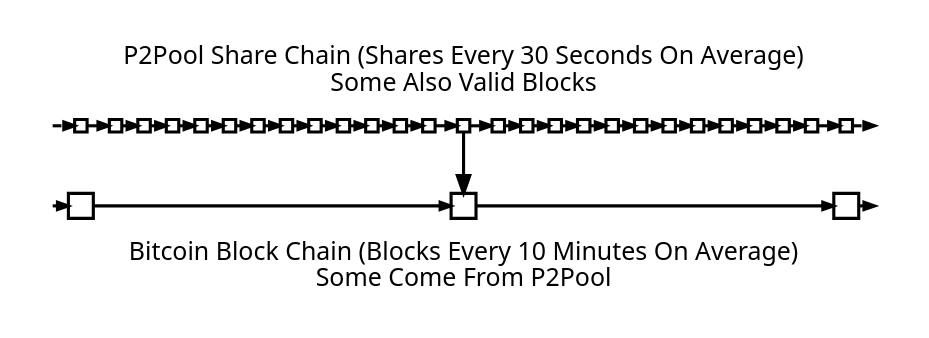
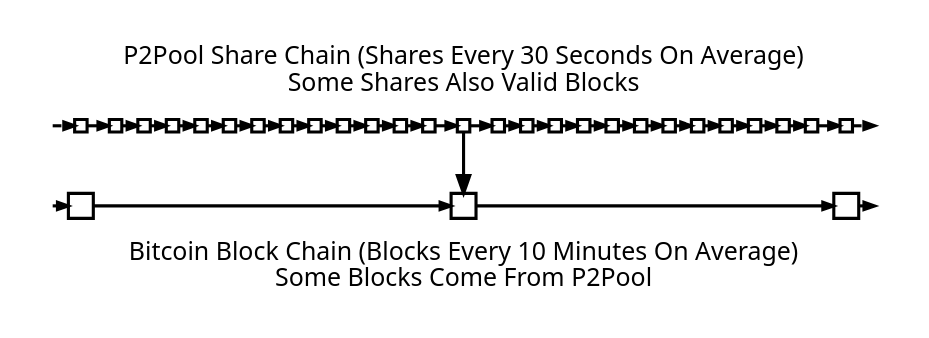
The diagram in img/mining/en-share-chain-block-chain.dot (rsogllc/GNT), drawn with Graphviz before and after one commit. The commit also changed 3 other files, not shown here.

```diff
--- a/img/mining/en-share-chain-block-chain.dot
+++ b/img/mining/en-share-chain-block-chain.dot
@@ -1,51 +1,51 @@
 digraph {
 
 size=6.25;
 rankdir=LR
 //splines = ortho;
 nodesep = 0.1;
 ranksep = 0.13;
 
 edge [ penwidth = 1.75, fontname="Sans" ]
 node [ penwidth = 1.75, shape = "box", fontname="Sans", label = "" ]
 graph [ penwidth = 1.75, fontname="Sans" ]
 
 
 subgraph cluster_block_chain {
 edge [ arrowsize = 0.6, minlen = 13 ]
 node [ width=0.2, height=0.2 ]
 graph [ penwidth = 0 ]
 ranksep = 0.5;
 
 invis0 [ style = "invis", height = 0, width = 0 ];
 invis1 [ style = "invis", height = 0, width = 0 ];
 
 invis0 -> block1 [ style = "dashed", minlen = 1.5 ];
 block3 -> invis1 [ style = "dashed", minlen = 1.5 ];
 
 block1 -> block2 -> block3;
 
-label = "Bitcoin Block Chain (Blocks Every 10 Minutes On Average)\nSome Come From P2Pool"
+label = "Bitcoin Block Chain (Blocks Every 10 Minutes On Average)\nSome Blocks Come From P2Pool"
 labelloc = b;
 }
 
 subgraph cluster_share_chain {
 edge [ arrowsize = 0.6 ]
 node [ width=0.1, height=0.1 ]
 graph [ penwidth = 0 ]
 
 invis2 [ style = "invis", height = 0, width = 0 ];
 invis3 [ style = "invis", height = 0, width = 0 ];
 
 invis2 -> share0 [ style = "dashed", minlen = 1 ];
 share26 -> invis3 [ style = "dashed", minlen = 1 ];
 share0 -> share1 -> share2 -> share3 -> share4 -> share5 -> share6 -> share7 -> share8 -> share9 -> share10;
 share10 -> share11 -> share12 -> share13 -> share14 -> share15 -> share16 -> share17 -> share18 -> share19 -> share20;
 share20 -> share21 -> share22 -> share23 -> share24 -> share25 -> share26 ;//-> share27 -> share28 -> share29 -> share30;
 
-label = "P2Pool Share Chain (Shares Every 30 Seconds On Average)\nSome Also Valid Blocks";
+label = "P2Pool Share Chain (Shares Every 30 Seconds On Average)\nSome Shares Also Valid Blocks";
 }
 share13 -> block2 [ constraint = false, minlen = 5 ];
 
 //label = " \nBitcoin Block Chain & P2Pool Share Chain"
 }
```
